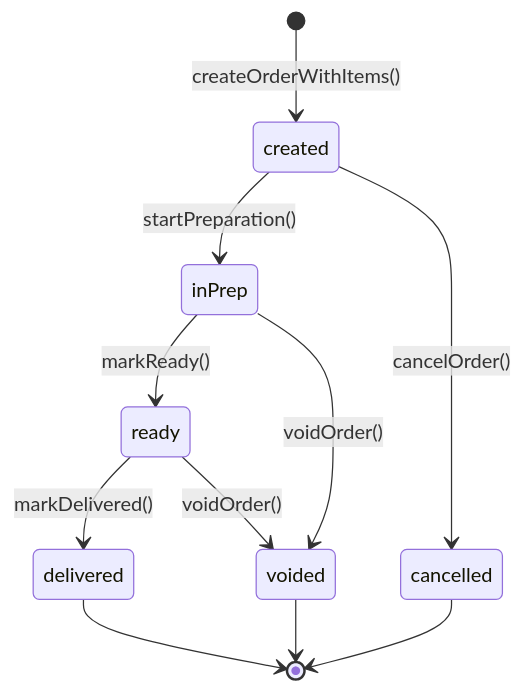
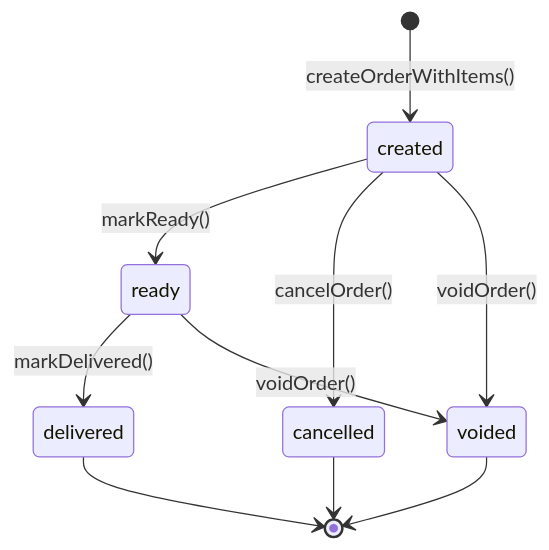
Before and after one commit to Tomakas/deskpos: the sixth of 12 diagrams in PROJECT.md, drawn with Mermaid. The commit also changed other lines of this file and 31 other files, not shown here.

````diff
--- a/PROJECT.md
+++ b/PROJECT.md
@@ -1494,13 +1514,12 @@
 ```mermaid
 stateDiagram-v2
     [*] --> created: createOrderWithItems()
-    created --> inPrep: startPreparation()
+    created --> ready: markReady()
     created --> cancelled: cancelOrder()
-    inPrep --> ready: markReady()
-    inPrep --> voided: voidOrder()
+    created --> voided: voidOrder()
     ready --> delivered: markDelivered()
     ready --> voided: voidOrder()
     delivered --> [*]
     cancelled --> [*]
     voided --> [*]
 ```
````
